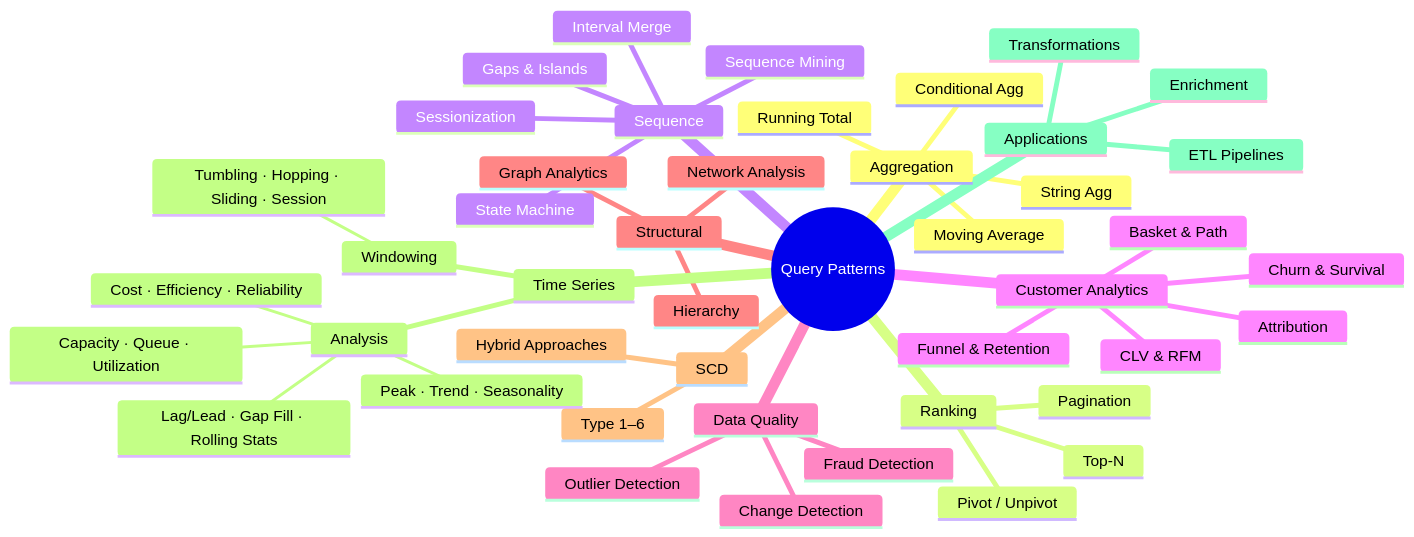
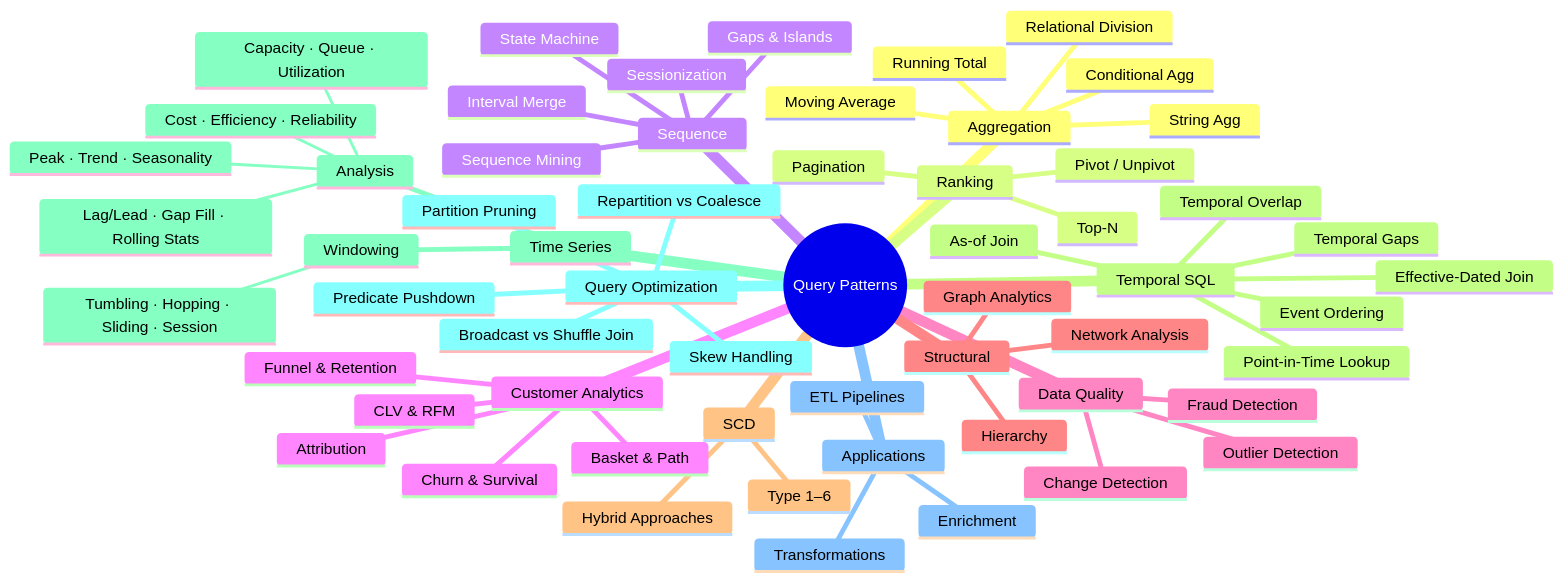
One commit to mahfooziiitian/spark-batch changed the first of 2 diagrams in spark-sql/docs/patterns/index.md. Above: the diagram before and after it, drawn with Mermaid. The commit also changed other lines of this file and 809 other files, not shown here.

````diff
--- a/spark-sql/docs/patterns/index.md
+++ b/spark-sql/docs/patterns/index.md
@@ -9,48 +9,62 @@
 ```mermaid
 mindmap
   root((Query Patterns))
     Aggregation
       Running Total
       Moving Average
       Conditional Agg
       String Agg
+      Relational Division
     Ranking
       Top-N
       Pagination
       Pivot / Unpivot
     Sequence
       Gaps & Islands
       Sessionization
       Interval Merge
       Sequence Mining
       State Machine
     Customer Analytics
       Funnel & Retention
       CLV & RFM
       Basket & Path
       Attribution
       Churn & Survival
     Data Quality
       Change Detection
       Outlier Detection
       Fraud Detection
     Structural
       Hierarchy
       Graph Analytics
       Network Analysis
     SCD
       Type 1–6
       Hybrid Approaches
+    Temporal SQL
+      Point-in-Time Lookup
+      Effective-Dated Join
+      Temporal Overlap
+      Temporal Gaps
+      As-of Join
+      Event Ordering
     Time Series
       Windowing
         Tumbling · Hopping · Sliding · Session
       Analysis
         Lag/Lead · Gap Fill · Rolling Stats
         Peak · Trend · Seasonality
         Capacity · Queue · Utilization
         Cost · Efficiency · Reliability
+    Query Optimization
+      Partition Pruning
+      Predicate Pushdown
+      Broadcast vs Shuffle Join
+      Skew Handling
+      Repartition vs Coalesce
     Applications
       ETL Pipelines
       Transformations
       Enrichment
 ```
````
